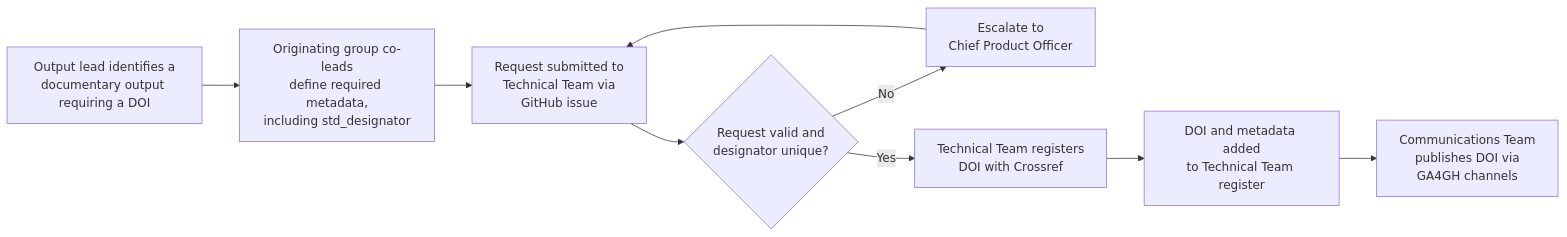
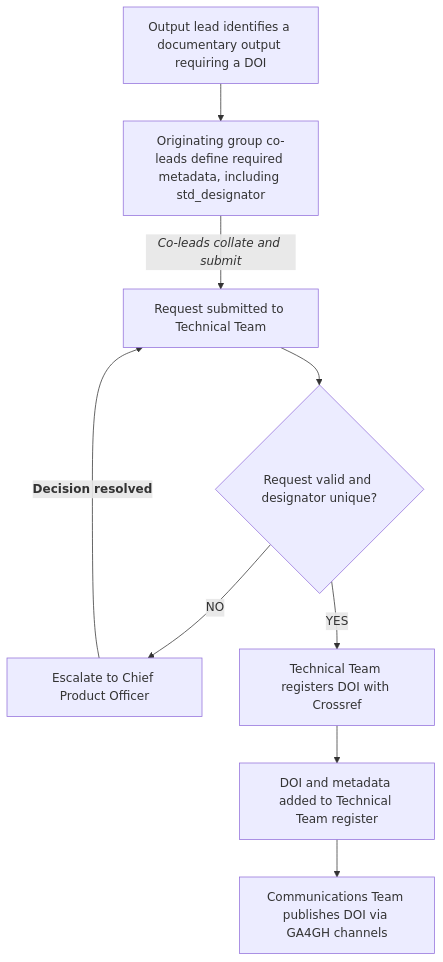
One commit to mamanambiya/TASC changed the diagram in drafts/Citing GA4GH Documentation.md. Above: the diagram before and after it, drawn with Mermaid.

Commit message:
Some minor edits to the mermaid diagram

````diff
--- a/drafts/Citing GA4GH Documentation.md
+++ b/drafts/Citing GA4GH Documentation.md
@@ -80,11 +80,11 @@
 ```mermaid
-flowchart LR
-    A[Output lead identifies a\ndocumentary output requiring a DOI] --> B[Originating group co-leads\ndefine required metadata,\nincluding std_designator]
-    B --> C[Request submitted to\nTechnical Team via\nGitHub issue]
-    C --> D{Request valid and\ndesignator unique?}
-    D -- No --> E[Escalate to\nChief Product Officer]
-    E --> C
-    D -- Yes --> F[Technical Team registers\nDOI with Crossref]
-    F --> G[DOI and metadata added\nto Technical Team register]
-    G --> H[Communications Team\npublishes DOI via\nGA4GH channels]
+flowchart TB
+    A["Output lead identifies a documentary output requiring a DOI"] --> B["Originating group co-leads define required metadata, including std_designator"]
+    B -- "`_Co-leads collate and submit_`" --> C["Request submitted to Technical Team"]
+    C --> D{"Request valid and designator unique?"}
+    D -- NO --> E["Escalate to Chief Product Officer"]
+    E -- "`**Decision resolved**`" --> C
+    D -- YES --> F[Technical Team registers DOI with Crossref]
+    F --> G[DOI and metadata added to Technical Team register]
+    G --> H[Communications Team publishes DOI via GA4GH channels]
 ```
````
